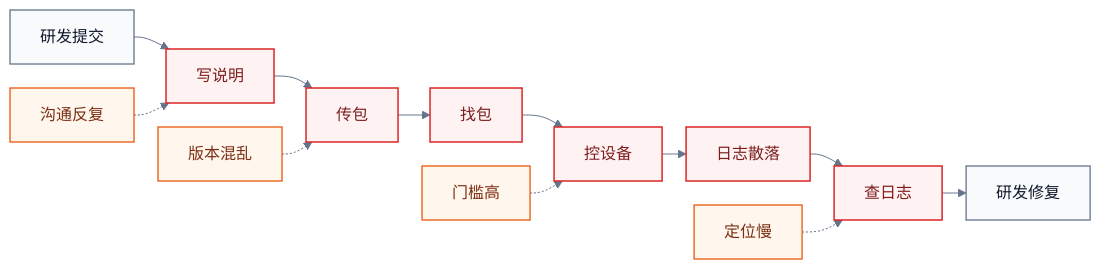
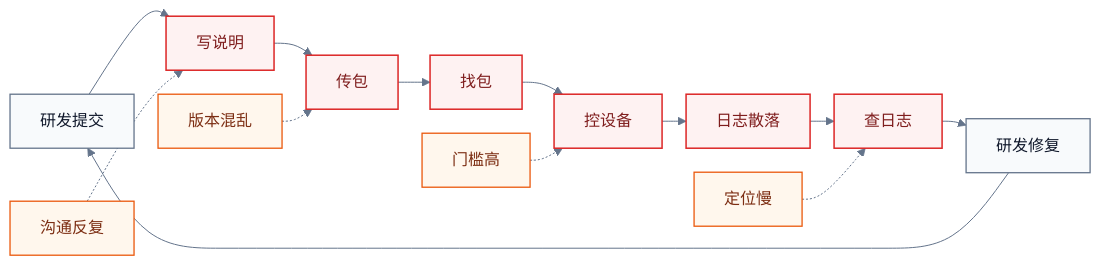
Before and after one commit to visiontrail/RavenAI: the first of 4 diagrams in README.zh.md, drawn with Mermaid. The commit also changed other lines of this file, not shown here.

Commit message:
chore: update flowcharts to include AI Coding Agent and enhance clarity in README files

````diff
--- a/README.zh.md
+++ b/README.zh.md
@@ -26,26 +26,27 @@
 ```mermaid
 %%{init: {"theme": "base", "flowchart": {"htmlLabels": true, "nodeSpacing": 24, "rankSpacing": 24, "curve": "basis"}, "themeVariables": {"fontFamily": "Arial, Microsoft YaHei", "primaryTextColor": "#0F172A", "lineColor": "#64748B"}}}%%
 
 flowchart LR
 
 A["研发提交"] --> B["写说明"]
 B --> C["传包"]
 C --> D["找包"]
 D --> E["控设备"]
 E --> F["日志散落"]
 F --> G["查日志"]
 G --> H["研发修复"]
+H --> A
 
 P1["沟通反复"] -.-> B
 P2["版本混乱"] -.-> C
 P3["门槛高"] -.-> E
 P4["定位慢"] -.-> G
 
 classDef normal fill:#F8FAFC,stroke:#64748B,stroke-width:1.3px,color:#0F172A;
 classDef manual fill:#FEF2F2,stroke:#DC2626,stroke-width:1.5px,color:#7F1D1D;
 classDef pain fill:#FFF7ED,stroke:#EA580C,stroke-width:1.3px,color:#7C2D12;
 
 class A,H normal;
 class B,C,D,E,F,G manual;
 class P1,P2,P3,P4 pain;
 ```
````
